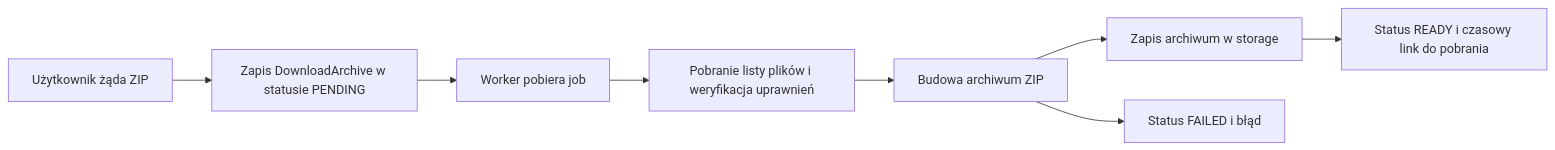
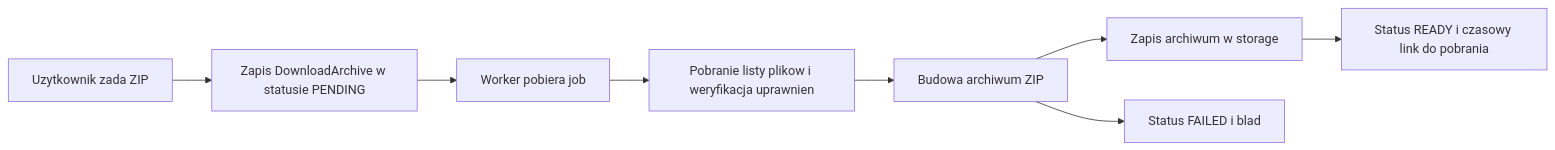
One commit to dom-lud/WeedingGalery changed the second of 2 diagrams in docs/architecture/BACKGROUND_JOBS.md. Above: the diagram before and after it, drawn with Mermaid. The commit also changed other lines of this file and 75 other files, not shown here.

````diff
--- a/docs/architecture/BACKGROUND_JOBS.md
+++ b/docs/architecture/BACKGROUND_JOBS.md
@@ -52,10 +70,10 @@
 ```mermaid
 flowchart LR
-    Request[Użytkownik żąda ZIP] --> Record[Zapis DownloadArchive w statusie PENDING]
+    Request[Uzytkownik zada ZIP] --> Record[Zapis DownloadArchive w statusie PENDING]
     Record --> Worker[Worker pobiera job]
-    Worker --> Collect[Pobranie listy plików i weryfikacja uprawnień]
+    Worker --> Collect[Pobranie listy plikow i weryfikacja uprawnien]
     Collect --> Build[Budowa archiwum ZIP]
     Build --> Store[Zapis archiwum w storage]
     Store --> Ready[Status READY i czasowy link do pobrania]
-    Build --> Fail[Status FAILED i błąd]
+    Build --> Fail[Status FAILED i blad]
 ```
````
